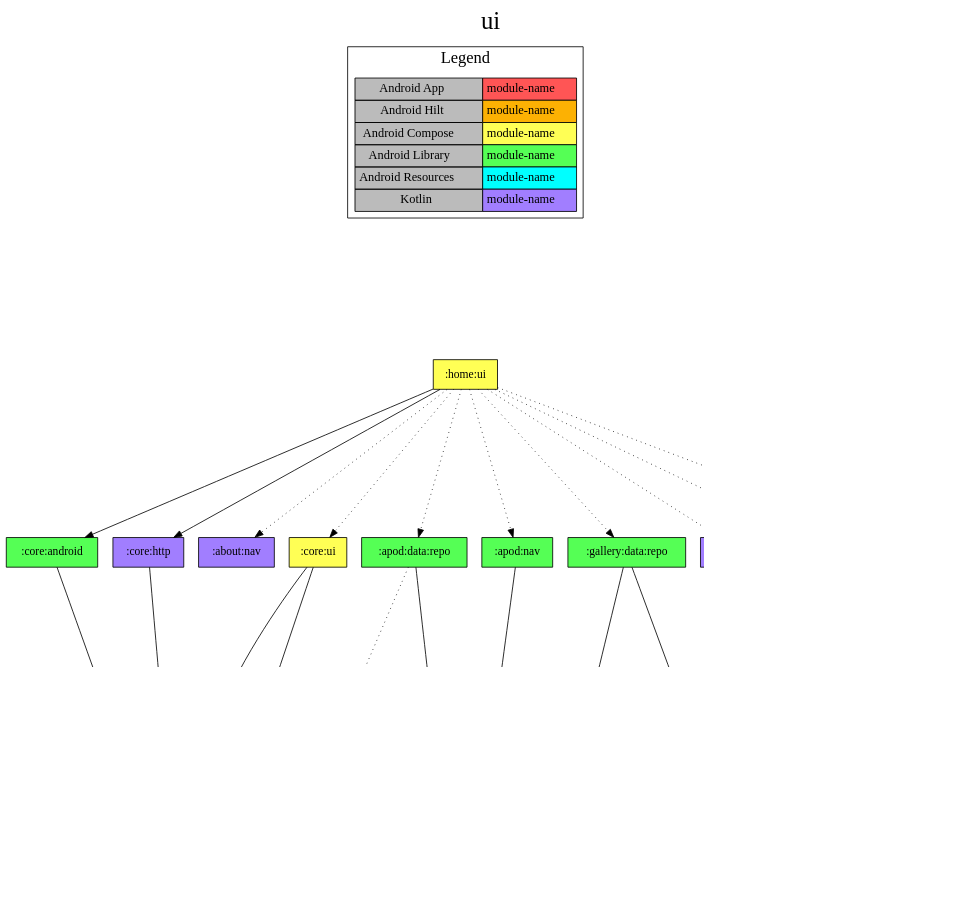
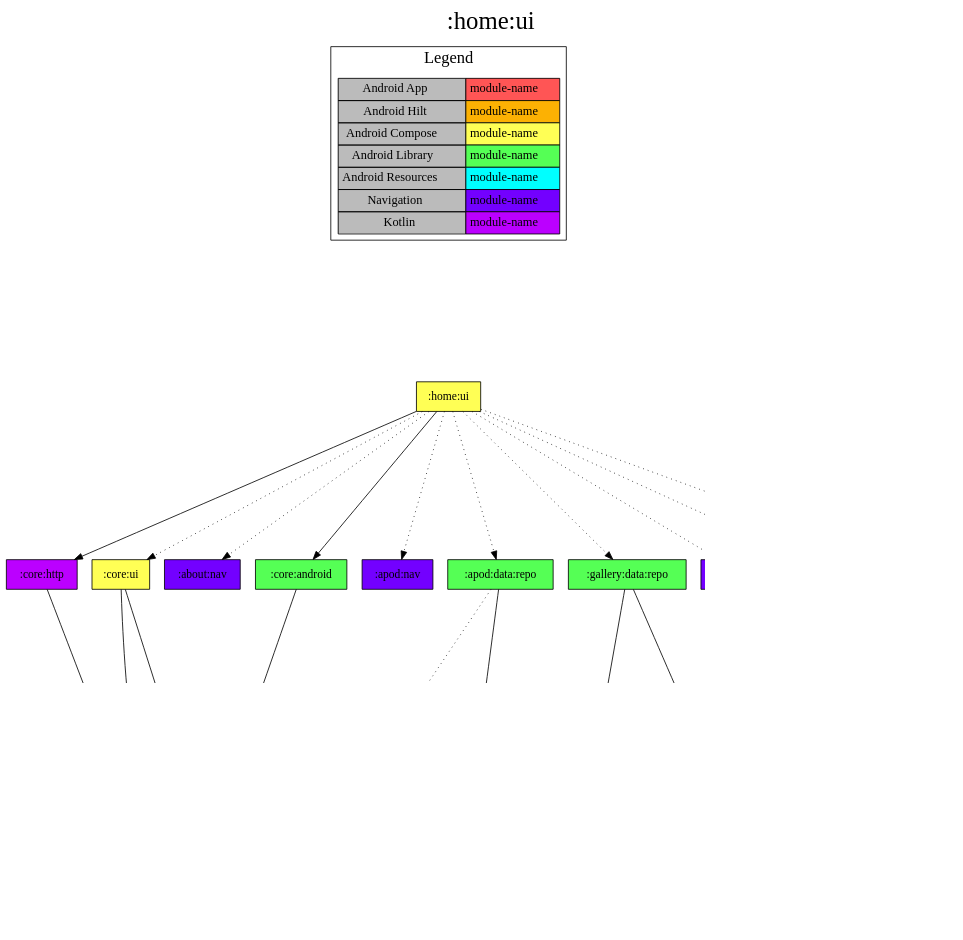
One commit to jonapoul/nasa-android changed the diagram in modules/home/ui/project-dependency-graph.dot. Above: the diagram before and after it, drawn with Graphviz. The commit also changed 162 other files, not shown here.

```diff
--- a/modules/home/ui/project-dependency-graph.dot
+++ b/modules/home/ui/project-dependency-graph.dot
@@ -1,66 +1,66 @@
 digraph {
 edge ["dir"="forward"]
-graph ["dpi"="100","label"="ui","labelloc"="t","fontsize"="30","ranksep"="2.5","rankdir"="TB"]
+graph ["dpi"="100","label"=":home:ui","labelloc"="t","fontsize"="30","ranksep"="2.5","rankdir"="TB"]
 node ["style"="filled"]
 ":home:ui" ["fillcolor"="#FFFF55","shape"="box"]
 ":core:android" ["fillcolor"="#55FF55","shape"="box"]
-":core:model" ["fillcolor"="#A17EFF","shape"="box"]
-":core:http" ["fillcolor"="#A17EFF","shape"="box"]
-":about:nav" ["fillcolor"="#A17EFF","shape"="box"]
+":core:model" ["fillcolor"="#BB00FF","shape"="box"]
+":core:http" ["fillcolor"="#BB00FF","shape"="box"]
+":about:nav" ["fillcolor"="#7300FF","shape"="box"]
 ":apod:data:repo" ["fillcolor"="#55FF55","shape"="box"]
-":apod:data:api" ["fillcolor"="#A17EFF","shape"="box"]
-":apod:model" ["fillcolor"="#A17EFF","shape"="box"]
-":db:apod" ["fillcolor"="#A17EFF","shape"="box"]
-":apod:nav" ["fillcolor"="#55FF55","shape"="box"]
+":apod:data:api" ["fillcolor"="#BB00FF","shape"="box"]
+":apod:model" ["fillcolor"="#BB00FF","shape"="box"]
+":db:apod" ["fillcolor"="#BB00FF","shape"="box"]
+":apod:nav" ["fillcolor"="#7300FF","shape"="box"]
 ":core:ui" ["fillcolor"="#FFFF55","shape"="box"]
 ":core:res" ["fillcolor"="#00FFFF","shape"="box"]
 ":gallery:data:repo" ["fillcolor"="#55FF55","shape"="box"]
-":db:gallery" ["fillcolor"="#A17EFF","shape"="box"]
-":gallery:model" ["fillcolor"="#A17EFF","shape"="box"]
-":gallery:data:api" ["fillcolor"="#A17EFF","shape"="box"]
-":gallery:nav" ["fillcolor"="#A17EFF","shape"="box"]
+":db:gallery" ["fillcolor"="#BB00FF","shape"="box"]
+":gallery:model" ["fillcolor"="#BB00FF","shape"="box"]
+":gallery:data:api" ["fillcolor"="#BB00FF","shape"="box"]
+":gallery:nav" ["fillcolor"="#7300FF","shape"="box"]
 ":home:res" ["fillcolor"="#00FFFF","shape"="box"]
-":settings:nav" ["fillcolor"="#A17EFF","shape"="box"]
+":settings:nav" ["fillcolor"="#7300FF","shape"="box"]
 {
 edge ["dir"="none"]
 graph ["rank"="same"]
 }
 ":home:ui" -> ":core:android"
 ":home:ui" -> ":core:http"
 ":home:ui" -> ":about:nav" ["style"="dotted"]
 ":home:ui" -> ":apod:data:repo" ["style"="dotted"]
 ":home:ui" -> ":apod:nav" ["style"="dotted"]
 ":home:ui" -> ":core:ui" ["style"="dotted"]
 ":home:ui" -> ":gallery:data:repo" ["style"="dotted"]
 ":home:ui" -> ":gallery:nav" ["style"="dotted"]
 ":home:ui" -> ":home:res" ["style"="dotted"]
 ":home:ui" -> ":settings:nav" ["style"="dotted"]
 ":core:android" -> ":core:model"
 ":core:http" -> ":core:model"
 ":apod:data:repo" -> ":apod:data:api"
 ":apod:data:repo" -> ":db:apod" ["style"="dotted"]
 ":apod:data:api" -> ":apod:model"
 ":apod:data:api" -> ":core:model"
-":apod:nav" -> ":apod:model"
 ":core:ui" -> ":core:model"
 ":core:ui" -> ":core:res"
 ":gallery:data:repo" -> ":db:gallery"
 ":gallery:data:repo" -> ":gallery:data:api"
 ":db:gallery" -> ":gallery:model"
 ":gallery:data:api" -> ":gallery:model"
 ":gallery:nav" -> ":gallery:model" ["style"="dotted"]
 subgraph "cluster_legend" {
 edge ["dir"="none"]
 graph ["label"="Legend","fontsize"="20"]
 "Legend" ["style"="filled","fillcolor"="#bbbbbb","shape"="none","margin"="0","fontsize"="15","label"=<
 <TABLE BORDER="0" CELLBORDER="1" CELLSPACING="0" CELLPADDING="4">
 <TR><TD>Android App</TD><TD BGCOLOR="#FF5555">module-name</TD></TR>
 <TR><TD>Android Hilt</TD><TD BGCOLOR="#FCB103">module-name</TD></TR>
 <TR><TD>Android Compose</TD><TD BGCOLOR="#FFFF55">module-name</TD></TR>
 <TR><TD>Android Library</TD><TD BGCOLOR="#55FF55">module-name</TD></TR>
 <TR><TD>Android Resources</TD><TD BGCOLOR="#00FFFF">module-name</TD></TR>
-<TR><TD>Kotlin</TD><TD BGCOLOR="#A17EFF">module-name</TD></TR>
+<TR><TD>Navigation</TD><TD BGCOLOR="#7300FF">module-name</TD></TR>
+<TR><TD>Kotlin</TD><TD BGCOLOR="#BB00FF">module-name</TD></TR>
 </TABLE>
 >]
 } -> ":home:ui" ["style"="invis"]
 }
```
